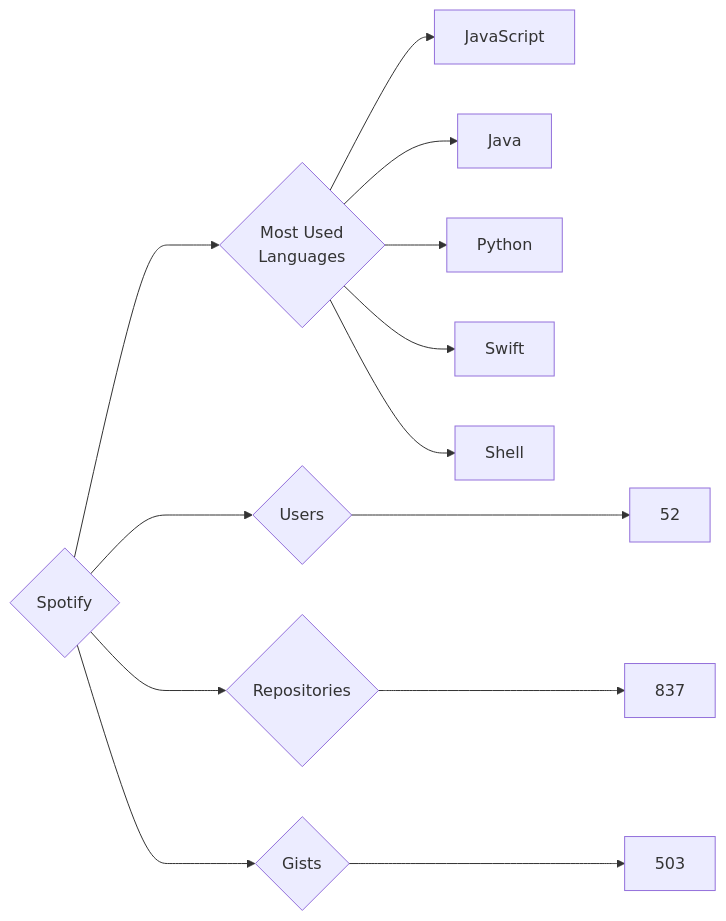
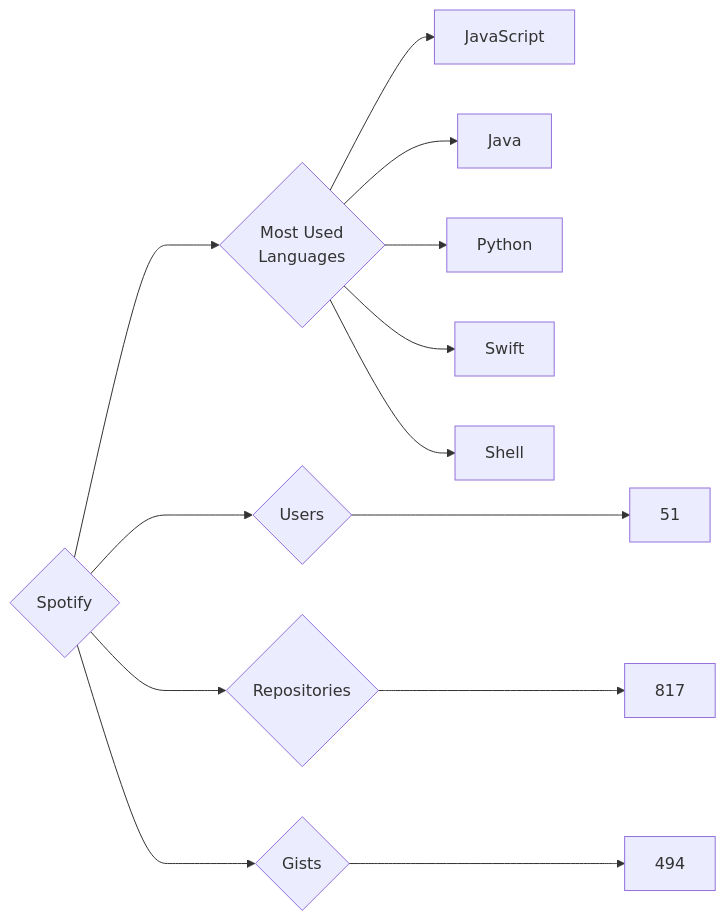
The diagram in targets/Spotify/README.md (trickest/insiders), drawn with Mermaid before and after one commit. The commit also changed 1479 other files, not shown here.

````diff
--- a/targets/Spotify/README.md
+++ b/targets/Spotify/README.md
@@ -3,13 +3,13 @@
 ```mermaid
 graph LR
 COMPANY_NAME{Spotify}
-COMPANY_NAME ---> U{Users} ---> UN[52]
-COMPANY_NAME ---> R{Repositories} ---> RN[837]
-COMPANY_NAME ---> G{Gists} ---> GN[503]
+COMPANY_NAME ---> U{Users} ---> UN[51]
+COMPANY_NAME ---> R{Repositories} ---> RN[817]
+COMPANY_NAME ---> G{Gists} ---> GN[494]
 COMPANY_NAME ---> ML{Most Used<br>Languages}
 ML --> JavaScript[JavaScript]
 ML --> Java[Java]
 ML --> Python[Python]
 ML --> Swift[Swift]
 ML --> Shell[Shell]
 ```
````
